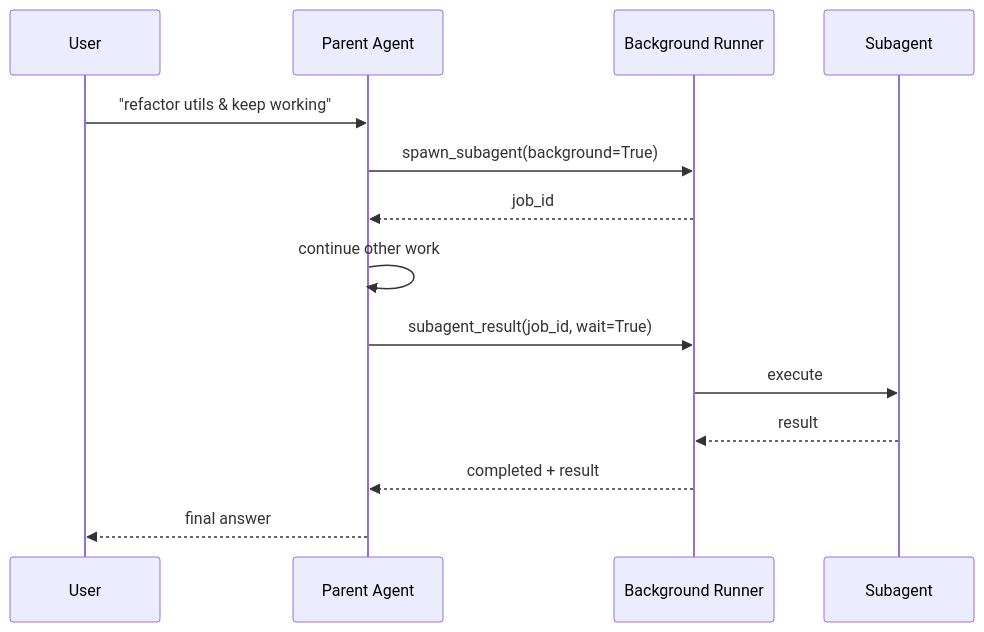
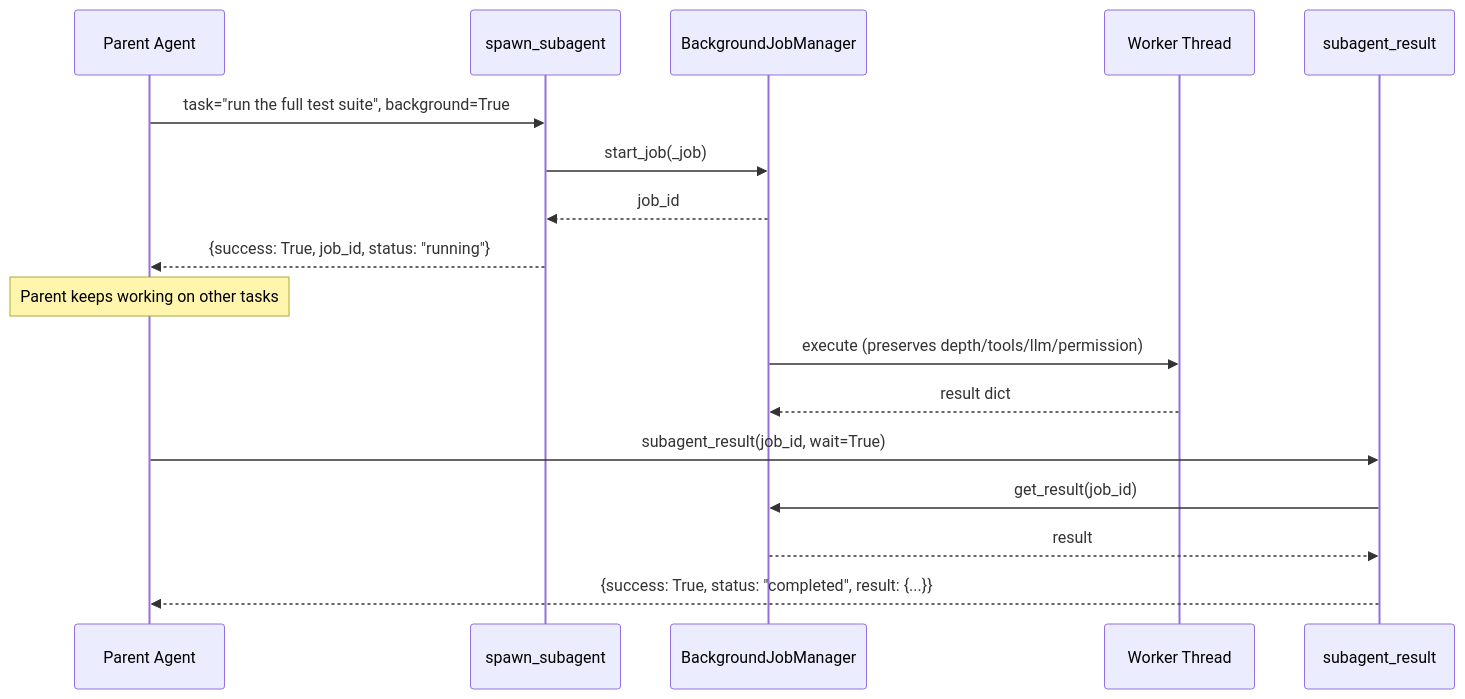
One commit to MervinPraison/PraisonAIDocs changed the first of 3 diagrams in docs/features/subagent-tool.mdx. Above: the diagram before and after it, drawn with Mermaid. The commit also changed other lines of this file and 4 other files, not shown here.

First line of the commit message:
docs: background fire-and-forget mode on spawn_subagent + subagent_result tool (fixes #1075)

````diff
--- a/docs/features/subagent-tool.mdx
+++ b/docs/features/subagent-tool.mdx
@@ -131,17 +10,20 @@
 ```mermaid
 sequenceDiagram
-    participant User
     participant Parent as Parent Agent
-    participant BG as Background Runner
-    participant Sub as Subagent
+    participant Spawn as spawn_subagent
+    participant Mgr as BackgroundJobManager
+    participant Worker as Worker Thread
+    participant Result as subagent_result
 
-    User->>Parent: "refactor utils & keep working"
-    Parent->>BG: spawn_subagent(background=True)
-    BG-->>Parent: job_id
-    Parent->>Parent: continue other work
-    Parent->>BG: subagent_result(job_id, wait=True)
-    BG->>Sub: execute
-    Sub-->>BG: result
-    BG-->>Parent: completed + result
-    Parent-->>User: final answer
+    Parent->>Spawn: task="run the full test suite", background=True
+    Spawn->>Mgr: start_job(_job)
+    Mgr-->>Spawn: job_id
+    Spawn-->>Parent: {success: True, job_id, status: "running"}
+    Note over Parent: Parent keeps working on other tasks
+    Mgr->>Worker: execute (preserves depth/tools/llm/permission)
+    Worker-->>Mgr: result dict
+    Parent->>Result: subagent_result(job_id, wait=True)
+    Result->>Mgr: get_result(job_id)
+    Mgr-->>Result: result
+    Result-->>Parent: {success: True, status: "completed", result: {...}}
 ```
````
